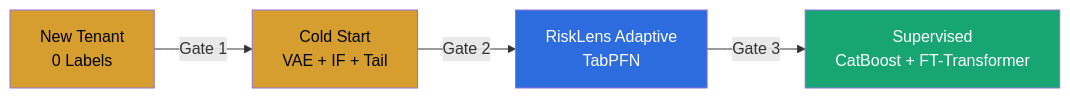
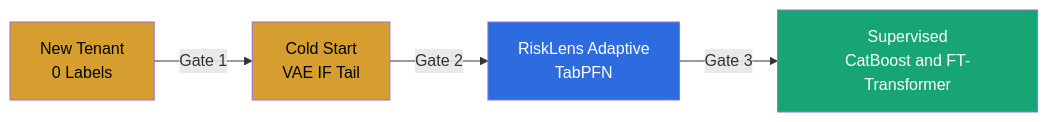
The fourth of 7 diagrams in README.md (Tadeni00/RiskLens), drawn with Mermaid before and after one commit. The commit also changed other lines of this file and 8 other files, not shown here.

````diff
--- a/README.md
+++ b/README.md
@@ -294,11 +297,11 @@
 ```mermaid
 graph LR
-    A["New Tenant<br/>0 Labels"] -->|"Gate 1"| B["Cold Start<br/>VAE + IF + Tail"]
+    A["New Tenant<br/>0 Labels"] -->|"Gate 1"| B["Cold Start<br/>VAE IF Tail"]
     B -->|"Gate 2"| C["RiskLens Adaptive<br/>TabPFN"]
-    C -->|"Gate 3"| D["Supervised<br/>CatBoost + FT-Transformer"]
+    C -->|"Gate 3"| D["Supervised<br/>CatBoost and FT-Transformer"]
 
     style A fill:#D69E2E,color:#000
     style B fill:#D69E2E,color:#000
     style C fill:#2D6CDF,color:#fff
     style D fill:#17A673,color:#fff
 ```
````
